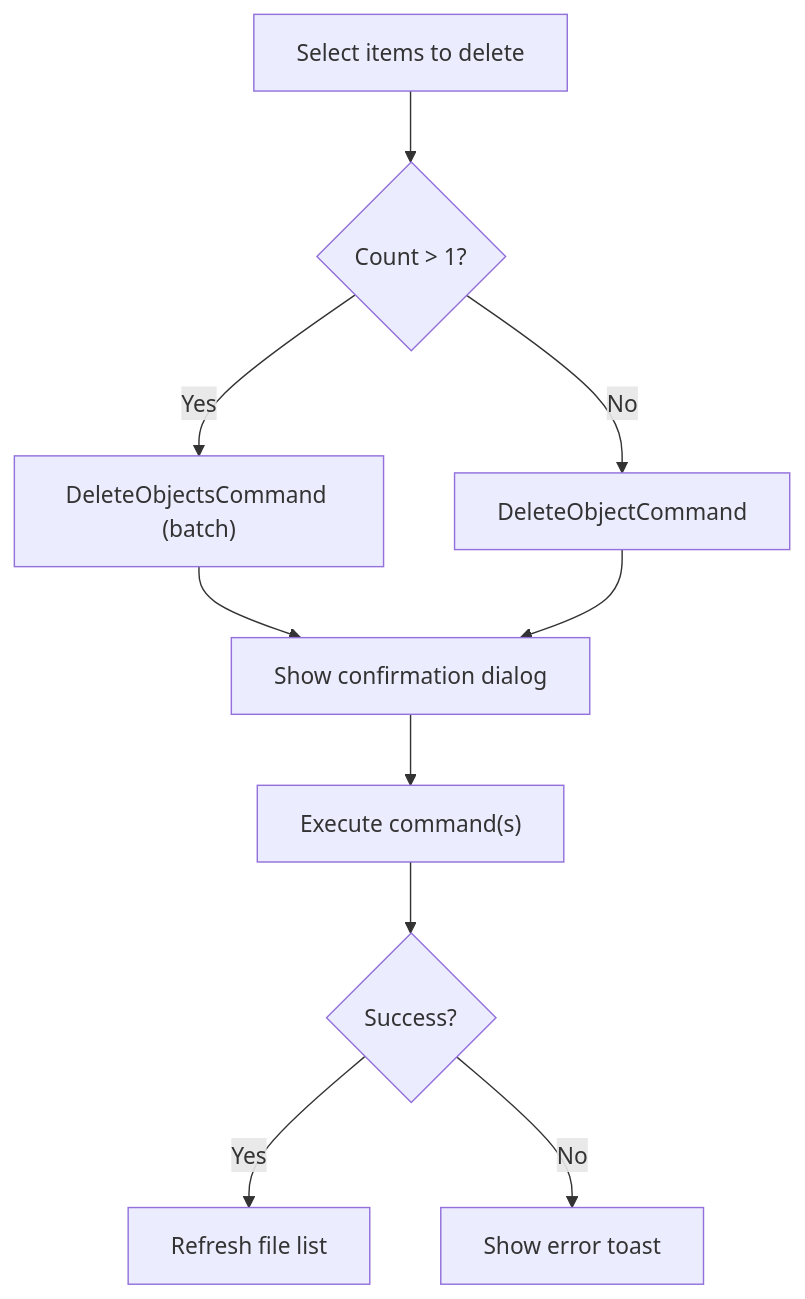
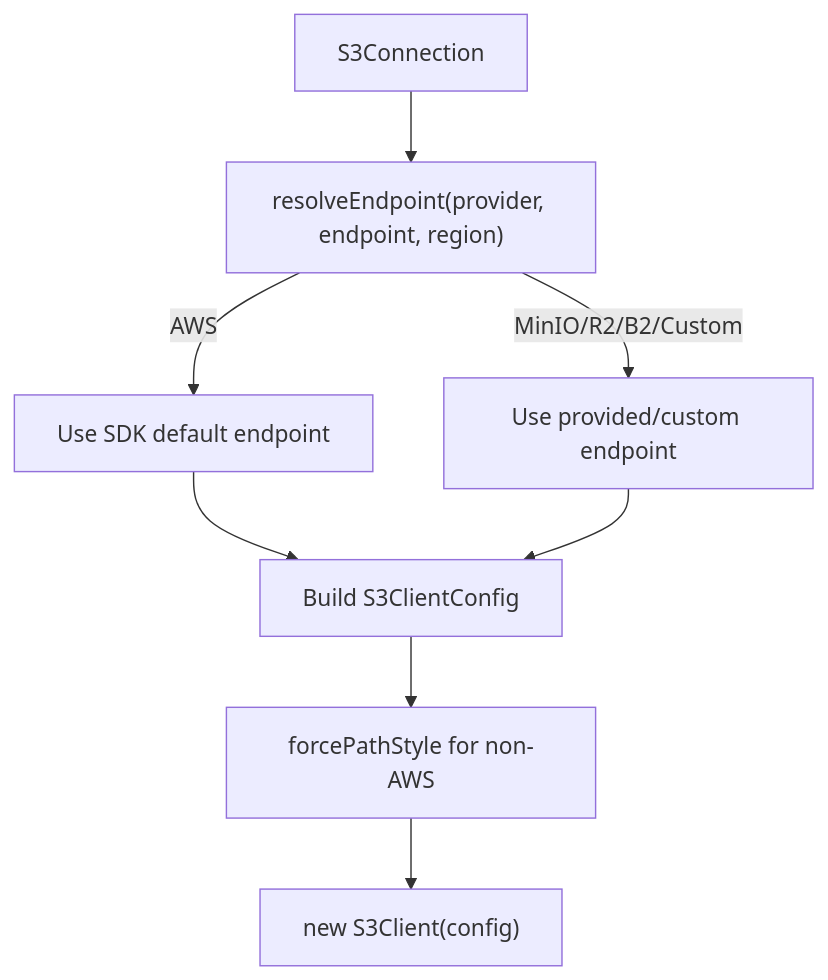
The fourth of 9 diagrams in .qoder/repowiki/en/content/Core Features/File Operations.md (nasrulhadi/s3-explorer), drawn with Mermaid before and after one commit. The commit also changed other lines of this file and 46 other files, not shown here.

````diff
--- a/.qoder/repowiki/en/content/Core Features/File Operations.md
+++ b/.qoder/repowiki/en/content/Core Features/File Operations.md
@@ -191,12 +187,10 @@
 ```mermaid
 flowchart TD
-Select["Select items to delete"] --> Count{"Count > 1?"}
-Count --> |Yes| Batch["DeleteObjectsCommand (batch)"]
-Count --> |No| Single["DeleteObjectCommand"]
-Batch --> Confirm["Show confirmation dialog"]
-Single --> Confirm
-Confirm --> Execute["Execute command(s)"]
-Execute --> Result{"Success?"}
-Result --> |Yes| Update["Refresh file list"]
-Result --> |No| Error["Show error toast"]
+Conn["S3Connection"] --> Resolve["resolveEndpoint(provider, endpoint, region)"]
+Resolve --> |AWS| UseDefault["Use SDK default endpoint"]
+Resolve --> |MinIO/R2/B2/Custom| UseProvided["Use provided/custom endpoint"]
+UseDefault --> Config["Build S3ClientConfig"]
+UseProvided --> Config
+Config --> ForcePath["forcePathStyle for non-AWS"]
+ForcePath --> Client["new S3Client(config)"]
 ```
````
